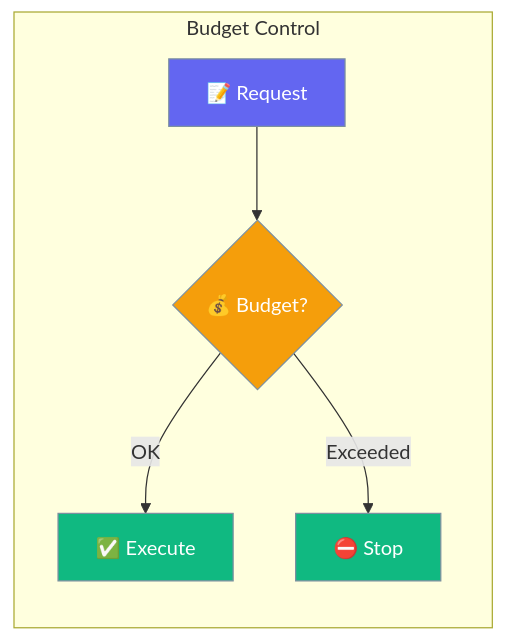
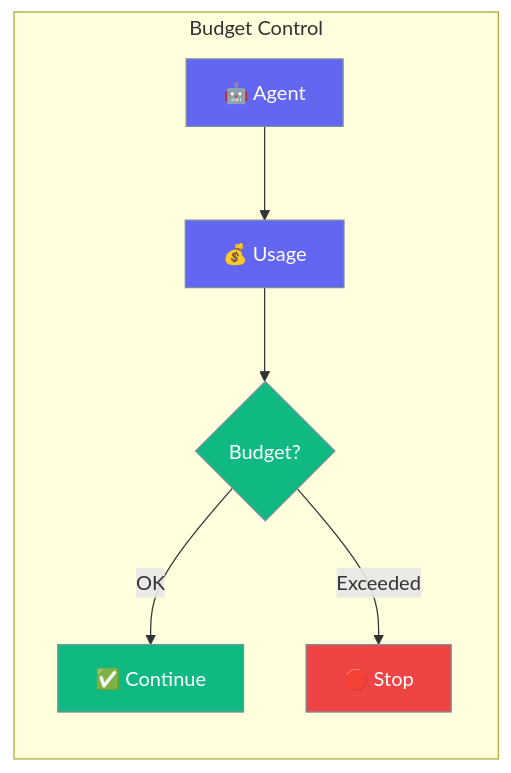
The diagram in docs/rust/budget.mdx (MervinPraison/PraisonAIDocs), drawn with Mermaid before and after one commit. The commit also changed other lines of this file and 87 other files, not shown here.

````diff
--- a/docs/rust/budget.mdx
+++ b/docs/rust/budget.mdx
@@ -10,16 +10,17 @@
 ```mermaid
 graph LR
     subgraph "Budget Control"
-        R[📝 Request] --> C{💰 Budget?}
-        C -->|OK| E[✅ Execute]
-        C -->|Exceeded| S[⛔ Stop]
+        A[🤖 Agent] --> U[💰 Usage]
+        U --> B{Budget?}
+        B --> |OK| C[✅ Continue]
+        B --> |Exceeded| S[🛑 Stop]
     end
     
-    classDef request fill:#6366F1,stroke:#7C90A0,color:#fff
-    classDef check fill:#F59E0B,stroke:#7C90A0,color:#fff
-    classDef result fill:#10B981,stroke:#7C90A0,color:#fff
+    classDef agent fill:#6366F1,stroke:#7C90A0,color:#fff
+    classDef ok fill:#10B981,stroke:#7C90A0,color:#fff
+    classDef stop fill:#EF4444,stroke:#7C90A0,color:#fff
     
-    class R request
-    class C check
-    class E,S result
+    class A,U agent
+    class B,C ok
+    class S stop
 ```
````
